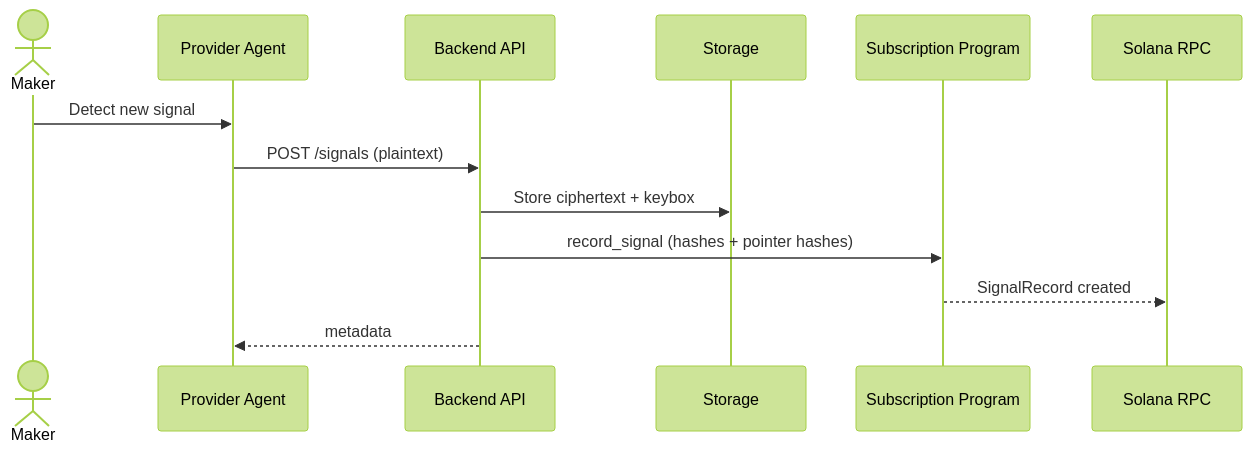
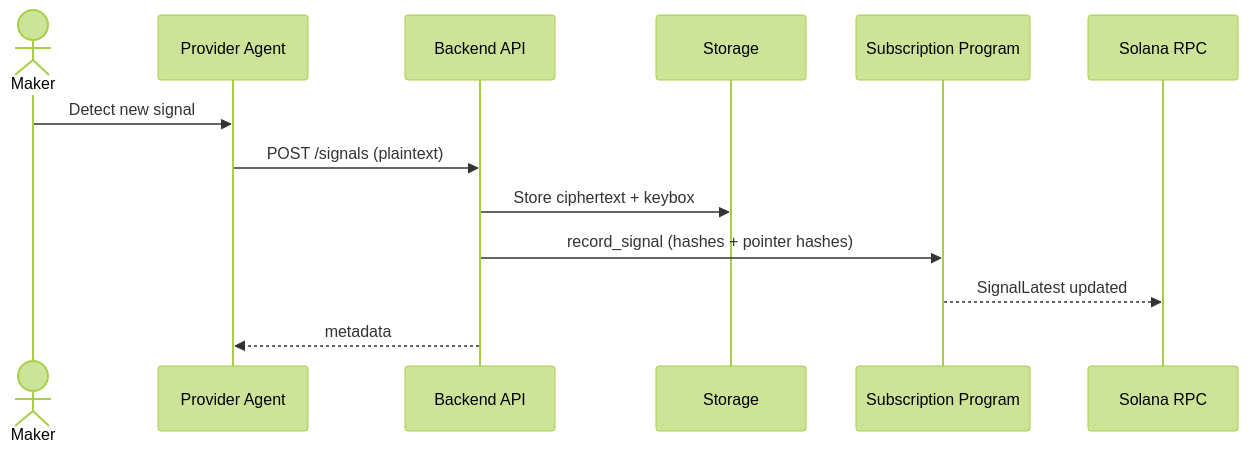
Before and after one commit to heemankv/sigints.club: the fifth of 6 diagrams in documents/Sequence_Diagrams.md, drawn with Mermaid (forest theme). The commit also changed other lines of this file and 137 other files, not shown here.

Commit message:
Update Tapestry-first flow and docs

````diff
--- a/documents/Sequence_Diagrams.md
+++ b/documents/Sequence_Diagrams.md
@@ -126,16 +121,16 @@
 ```mermaid
 sequenceDiagram
   actor Maker
   participant Agent as Provider Agent
   participant API as Backend API
   participant Store as Storage
   participant SubProg as Subscription Program
   participant RPC as Solana RPC
 
   Maker->>Agent: Detect new signal
   Agent->>API: POST /signals (plaintext)
   API->>Store: Store ciphertext + keybox
   API->>SubProg: record_signal (hashes + pointer hashes)
-  SubProg-->>RPC: SignalRecord created
+  SubProg-->>RPC: SignalLatest updated
   API-->>Agent: metadata
 ```
````
